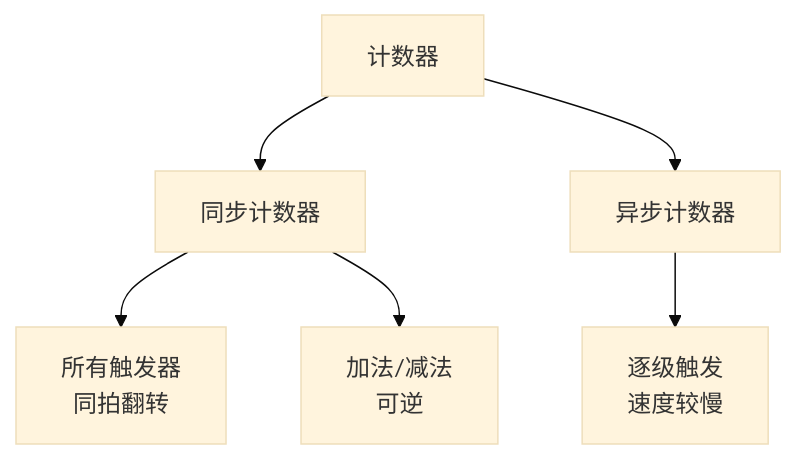
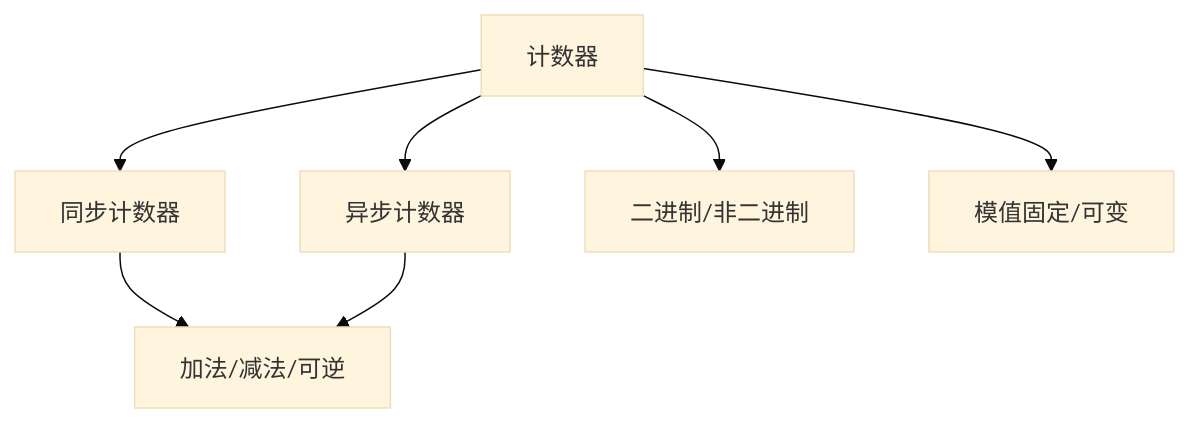
One commit to Ling-cn111/study-notes-2026 changed the eighth of 18 diagrams in 数电/第六章：时序逻辑电路.md. Above: the diagram before and after it, drawn with Mermaid (base theme). The commit also changed other lines of this file and 2 other files, not shown here.

````diff
--- a/数电/第六章：时序逻辑电路.md
+++ b/数电/第六章：时序逻辑电路.md
@@ -131,8 +401,9 @@
 ```mermaid
 flowchart TD
     A[计数器] --> B[同步计数器]
     A --> C[异步计数器]
-    B --> D[所有触发器<br/>同拍翻转]
-    C --> E[逐级触发<br/>速度较慢]
-    B --> F[加法/减法<br/>可逆]
+    B --> D[加法/减法/可逆]
+    C --> D
+    A --> E[二进制/非二进制]
+    A --> F[模值固定/可变]
 ```
````
